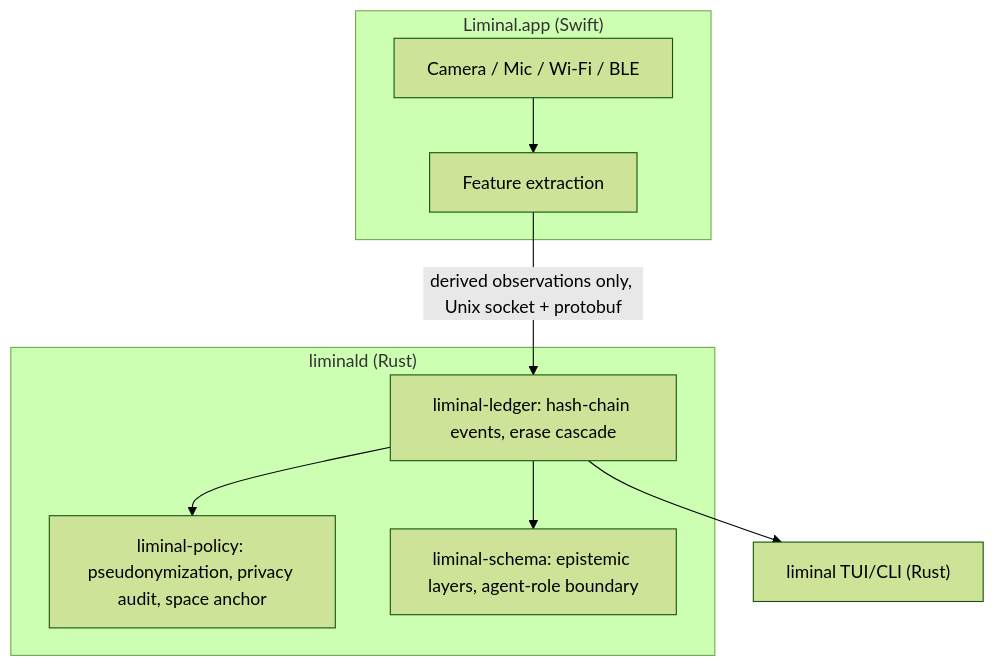
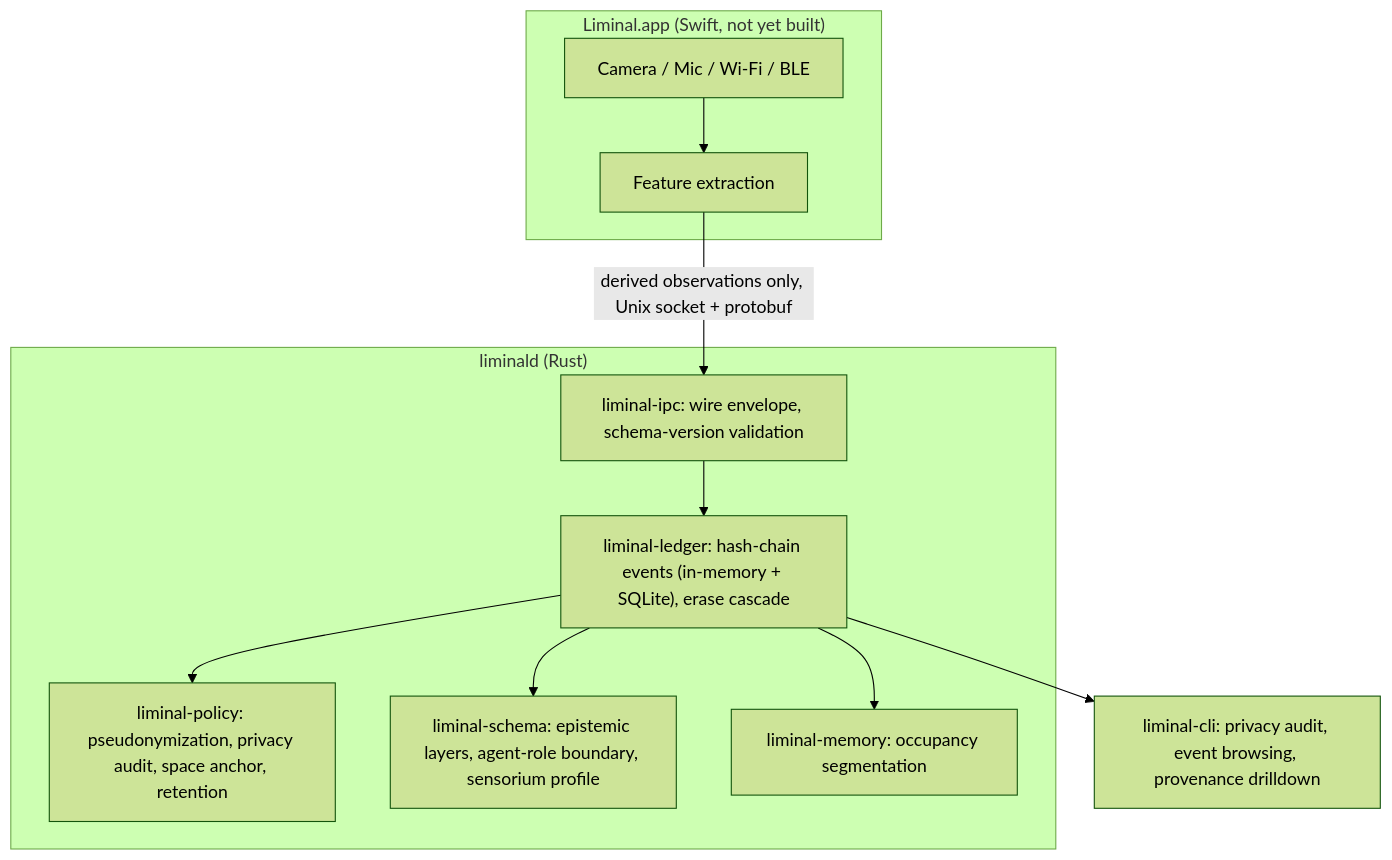
One commit to randyren278/liminal changed the diagram in docs/ARCHITECTURE.md. Above: the diagram before and after it, drawn with Mermaid (forest theme). The commit also changed other lines of this file and 2 other files, not shown here.

First line of the commit message:
Sync docs to Phase 3: document liminal-memory/ipc/cli, SQLite ledger, retention

````diff
--- a/docs/ARCHITECTURE.md
+++ b/docs/ARCHITECTURE.md
@@ -14,19 +14,23 @@
 ```mermaid
 flowchart TB
-    subgraph Swift["Liminal.app (Swift)"]
+    subgraph Swift["Liminal.app (Swift, not yet built)"]
         Sensors["Camera / Mic / Wi-Fi / BLE"]
         Extract["Feature extraction"]
     end
     subgraph Rust["liminald (Rust)"]
-        Ledger["liminal-ledger: hash-chain events, erase cascade"]
-        Policy["liminal-policy: pseudonymization, privacy audit, space anchor"]
-        Schema["liminal-schema: epistemic layers, agent-role boundary"]
+        IPC["liminal-ipc: wire envelope, schema-version validation"]
+        Ledger["liminal-ledger: hash-chain events (in-memory + SQLite), erase cascade"]
+        Policy["liminal-policy: pseudonymization, privacy audit, space anchor, retention"]
+        Schema["liminal-schema: epistemic layers, agent-role boundary, sensorium profile"]
+        Memory["liminal-memory: occupancy segmentation"]
     end
-    TUI["liminal TUI/CLI (Rust)"]
+    CLI["liminal-cli: privacy audit, event browsing, provenance drilldown"]
 
     Sensors --> Extract
-    Extract -->|"derived observations only, Unix socket + protobuf"| Ledger
+    Extract -->|"derived observations only, Unix socket + protobuf"| IPC
+    IPC --> Ledger
     Ledger --> Policy
     Ledger --> Schema
-    Ledger --> TUI
+    Ledger --> Memory
+    Ledger --> CLI
 ```
````
